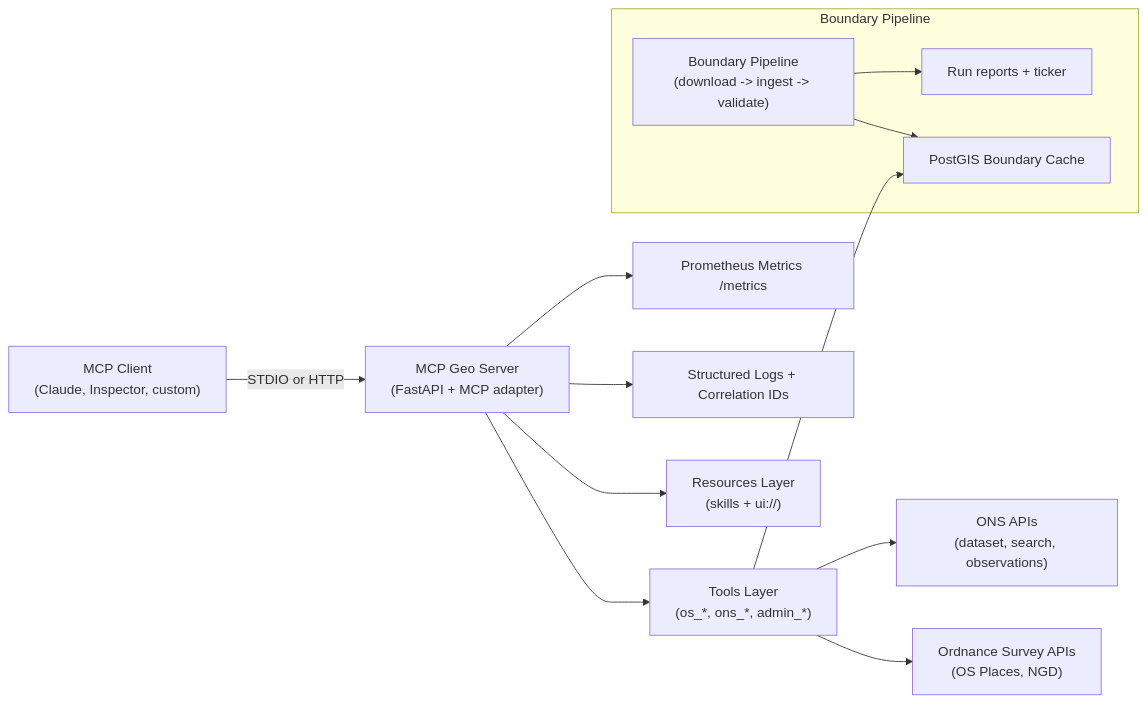
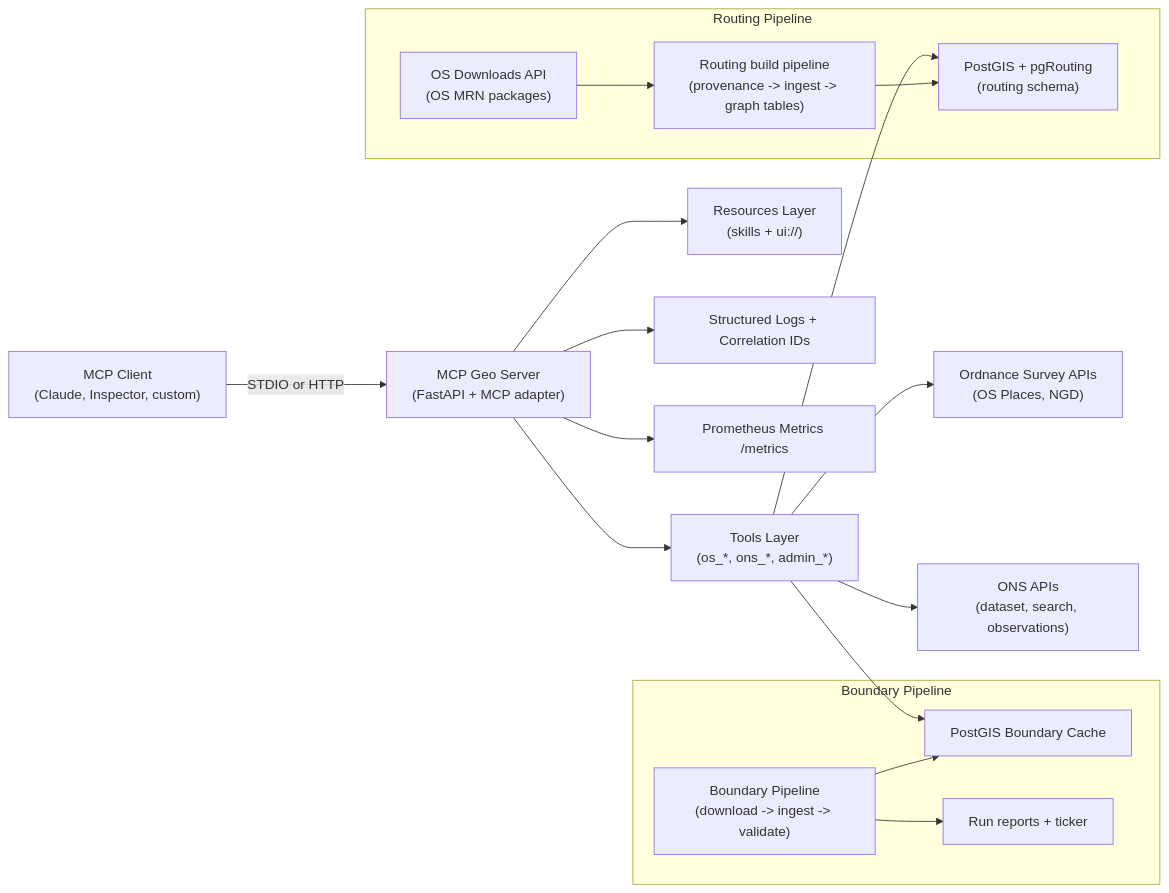
The first of 2 diagrams in docs/spec_package/03_architecture.md (chris-page-gov/mcp-geo), drawn with Mermaid before and after one commit. The commit also changed other lines of this file and 63 other files, not shown here.

Commit message:
feat(route): add MRN routing stack and sync live benchmark docs

````diff
--- a/docs/spec_package/03_architecture.md
+++ b/docs/spec_package/03_architecture.md
@@ -5,16 +5,22 @@
 ```mermaid
 flowchart LR
   Client["MCP Client\n(Claude, Inspector, custom)"] -->|STDIO or HTTP| MCP["MCP Geo Server\n(FastAPI + MCP adapter)"]
   MCP --> Tools["Tools Layer\n(os_*, ons_*, admin_*)"]
   MCP --> Resources["Resources Layer\n(skills + ui://)"]
   Tools --> OS["Ordnance Survey APIs\n(OS Places, NGD)"]
   Tools --> ONS["ONS APIs\n(dataset, search, observations)"]
   Tools --> Cache["PostGIS Boundary Cache"]
+  Tools --> RouteDB["PostGIS + pgRouting\n(routing schema)"]
   MCP --> Logs["Structured Logs + Correlation IDs"]
   MCP --> Metrics["Prometheus Metrics /metrics"]
 
   subgraph Boundary Pipeline
     Pipeline["Boundary Pipeline\n(download -> ingest -> validate)"] --> Cache
     Pipeline --> Reports["Run reports + ticker"]
   end
+
+  subgraph Routing Pipeline
+    MRN["OS Downloads API\n(OS MRN packages)"] --> Build["Routing build pipeline\n(provenance -> ingest -> graph tables)"]
+    Build --> RouteDB
+  end
 ```
````
